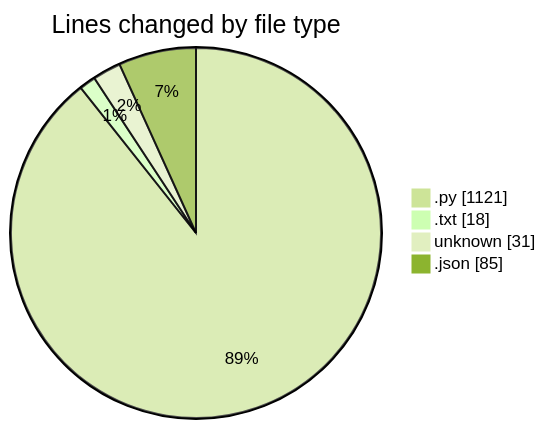
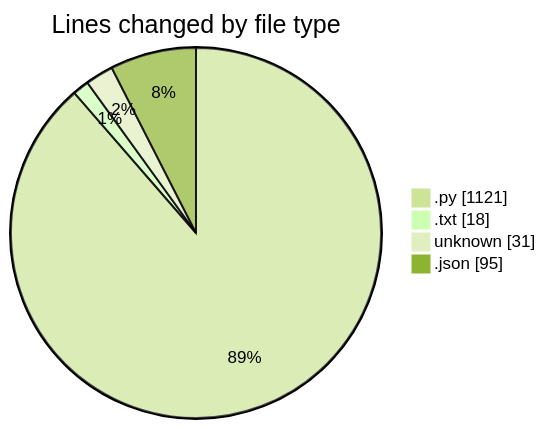
Before and after one commit to Unknowalive/code-tracking: the first of 2 diagrams in 2026-07-03/researchlens/README.md, drawn with Mermaid (forest theme). The commit also changed other lines of this file and 1 other file, not shown here.

````diff
--- a/2026-07-03/researchlens/README.md
+++ b/2026-07-03/researchlens/README.md
@@ -35,8 +35,8 @@
 ```mermaid
 pie showData
 title Lines changed by file type
 ".py" : 1121
 ".txt" : 18
 "unknown" : 31
-".json" : 85
+".json" : 95
 ```
````
